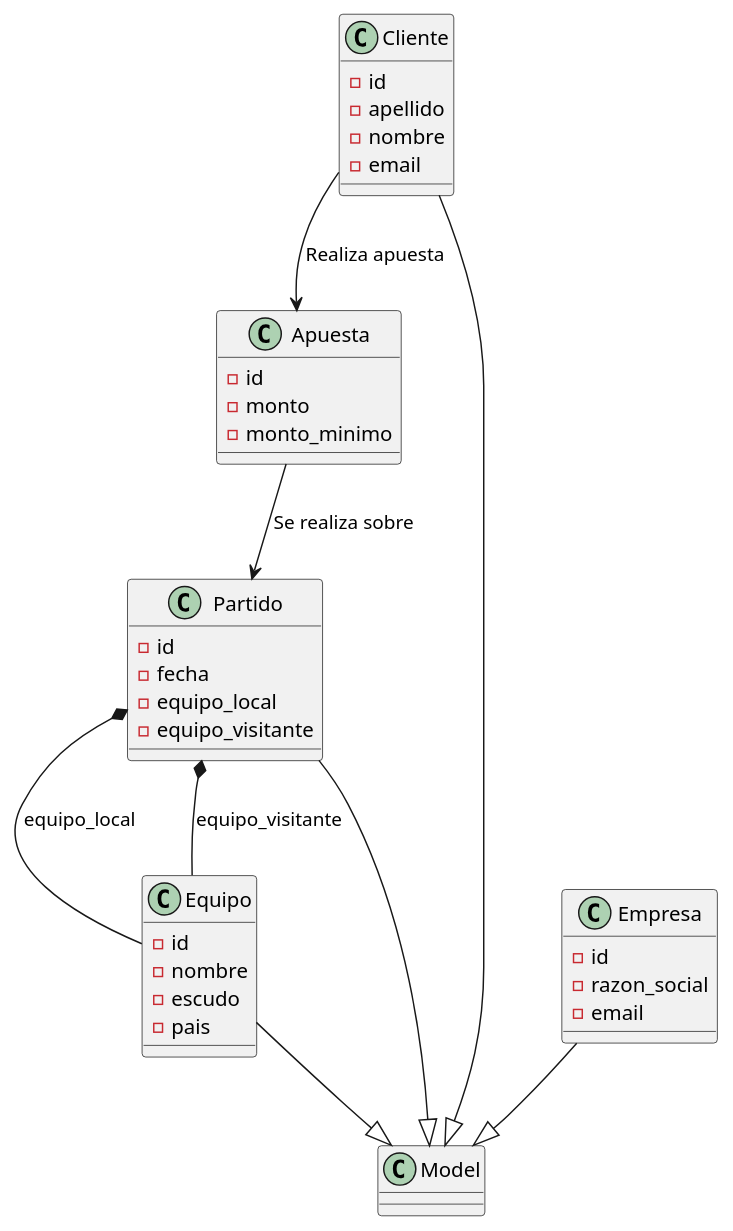
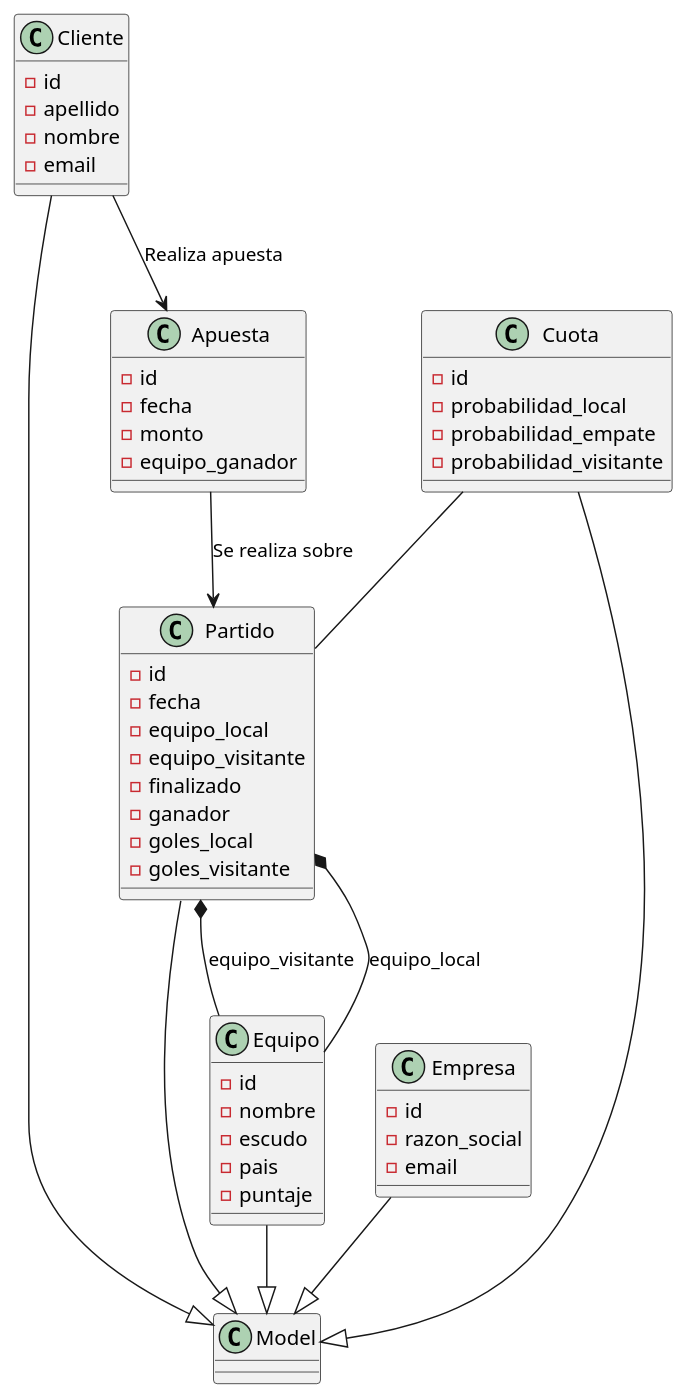
The diagram in docs/diagrama_de_clases.puml (JulianNavarrete/Bookmaker-DS), drawn with PlantUML before and after one commit. The commit also changed 23 other files, not shown here.

```diff
--- a/docs/diagrama_de_clases.puml
+++ b/docs/diagrama_de_clases.puml
@@ -1,47 +1,60 @@
 @startuml:
 class Cliente {
     - id
     - apellido
     - nombre 
     - email
 }
 
 class Empresa {
     - id
     - razon_social
     - email
 }
 
 class Equipo {
     - id
     - nombre
     - escudo
     - pais
+    - puntaje
 }
 
 
 class Apuesta {
     - id
-    - monto 
-    - monto_minimo
+    - fecha
+    - monto
+    - equipo_ganador
+}
+
+class Cuota {
+    - id
+    - probabilidad_local
+    - probabilidad_empate
+    - probabilidad_visitante
 }
 
 class Partido {
     - id
     - fecha
     - equipo_local
     - equipo_visitante
-    
+    - finalizado
+    - ganador
+    - goles_local
+    - goles_visitante
 }
 
 Partido *-- Equipo: equipo_local
 Partido *-- Equipo: equipo_visitante
 Cliente --> Apuesta: Realiza apuesta
 Cliente --|> Model
 Empresa --|> Model
 Equipo --|> Model
 Partido --|> Model
+Cuota -- Partido
 Apuesta --> Partido: Se realiza sobre
-
+Cuota --|> Model
 
 @enduml
```
